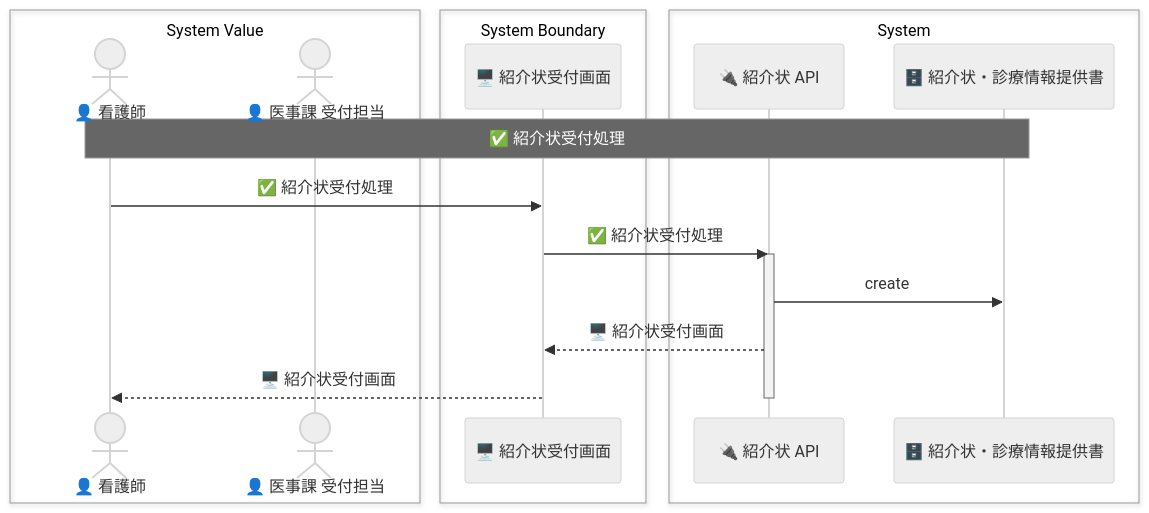
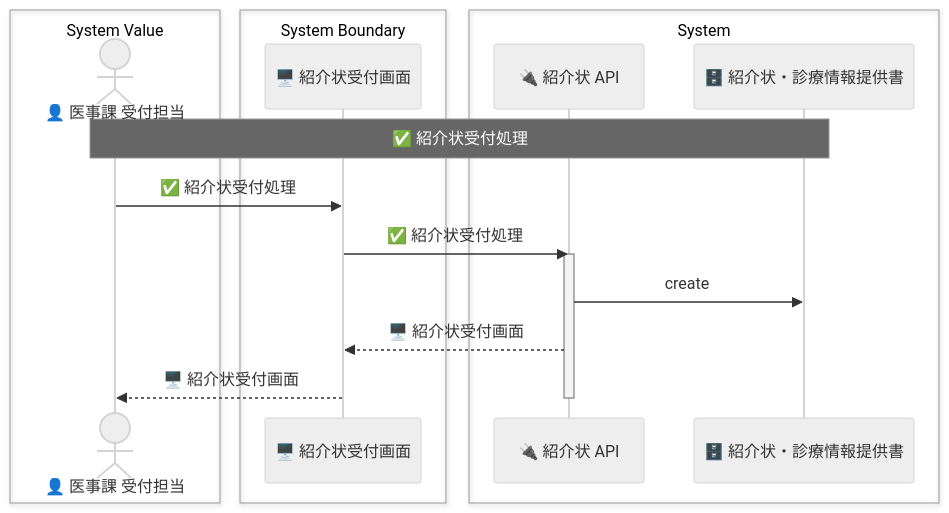
The diagram in samples/clinic-ops/out/uc/sequence_receive_referral_letter.mmd (manji-0/rdra-ish-dsl), drawn with Mermaid (neutral theme) before and after one commit. The commit also changed 71 other files, not shown here.

```diff
--- a/samples/clinic-ops/out/uc/sequence_receive_referral_letter.mmd
+++ b/samples/clinic-ops/out/uc/sequence_receive_referral_letter.mmd
@@ -1,21 +1,20 @@
 sequenceDiagram
   box System Value
-    actor Nurse as 👤 看護師
     actor ReceptionClerk as 👤 医事課 受付担当
   end
   box System Boundary
     participant ReferralScreen as 🖥️ 紹介状受付画面
   end
   box System
     participant ReferralLetterApi as 🔌 紹介状 API
     participant ReferralLetter as 🗄️ 紹介状・診療情報提供書
   end
 
-  Note over Nurse,ReferralLetter: ✅ 紹介状受付処理
-  Nurse->>ReferralScreen: ✅ 紹介状受付処理
+  Note over ReceptionClerk,ReferralLetter: ✅ 紹介状受付処理
+  ReceptionClerk->>ReferralScreen: ✅ 紹介状受付処理
   ReferralScreen->>ReferralLetterApi: ✅ 紹介状受付処理
   activate ReferralLetterApi
   ReferralLetterApi->>ReferralLetter: create
   ReferralLetterApi-->>ReferralScreen: 🖥️ 紹介状受付画面
-  ReferralScreen-->>Nurse: 🖥️ 紹介状受付画面
+  ReferralScreen-->>ReceptionClerk: 🖥️ 紹介状受付画面
   deactivate ReferralLetterApi
```
